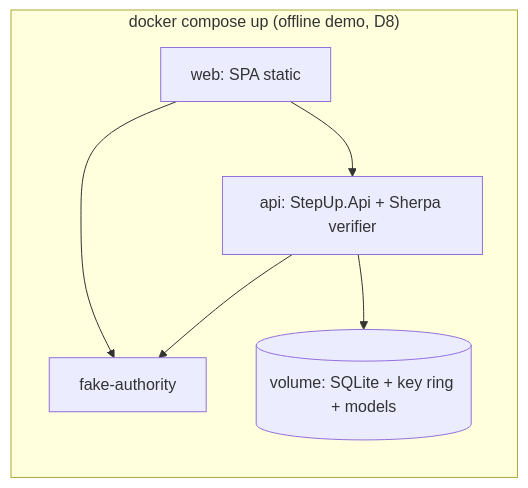
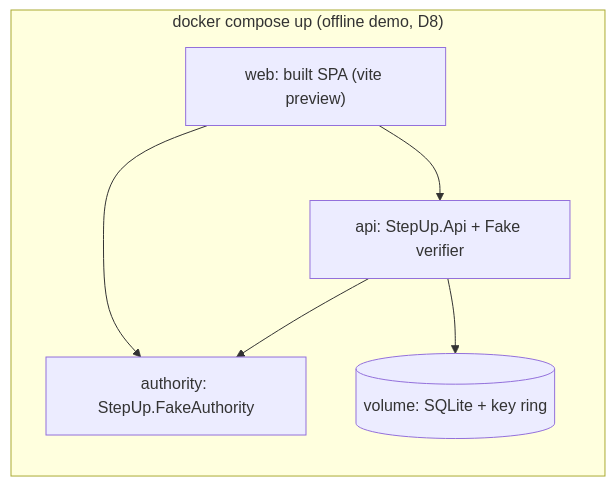
Before and after one commit to alfredorevilla/voice-step-up: the sixth of 6 diagrams in docs/architecture.md, drawn with Mermaid. The commit also changed other lines of this file and 7 other files, not shown here.

Commit message:
docs: check every ADR and the architecture against the code - ModelId definition, assertion consume point, fake-mode guard, spike results, compose layout (T8.3)

````diff
--- a/docs/architecture.md
+++ b/docs/architecture.md
@@ -216,13 +216,13 @@
 ```mermaid
 flowchart LR
   subgraph compose["docker compose up (offline demo, D8)"]
-    web["web: SPA static"]
-    api["api: StepUp.Api + Sherpa verifier"]
-    auth["fake-authority"]
-    vol[("volume: SQLite + key ring + models")]
+    web["web: built SPA (vite preview)"]
+    api["api: StepUp.Api + Fake verifier"]
+    auth["authority: StepUp.FakeAuthority"]
+    vol[("volume: SQLite + key ring")]
   end
   web --> api
   web --> auth
   api --> auth
   api --> vol
 ```
````
